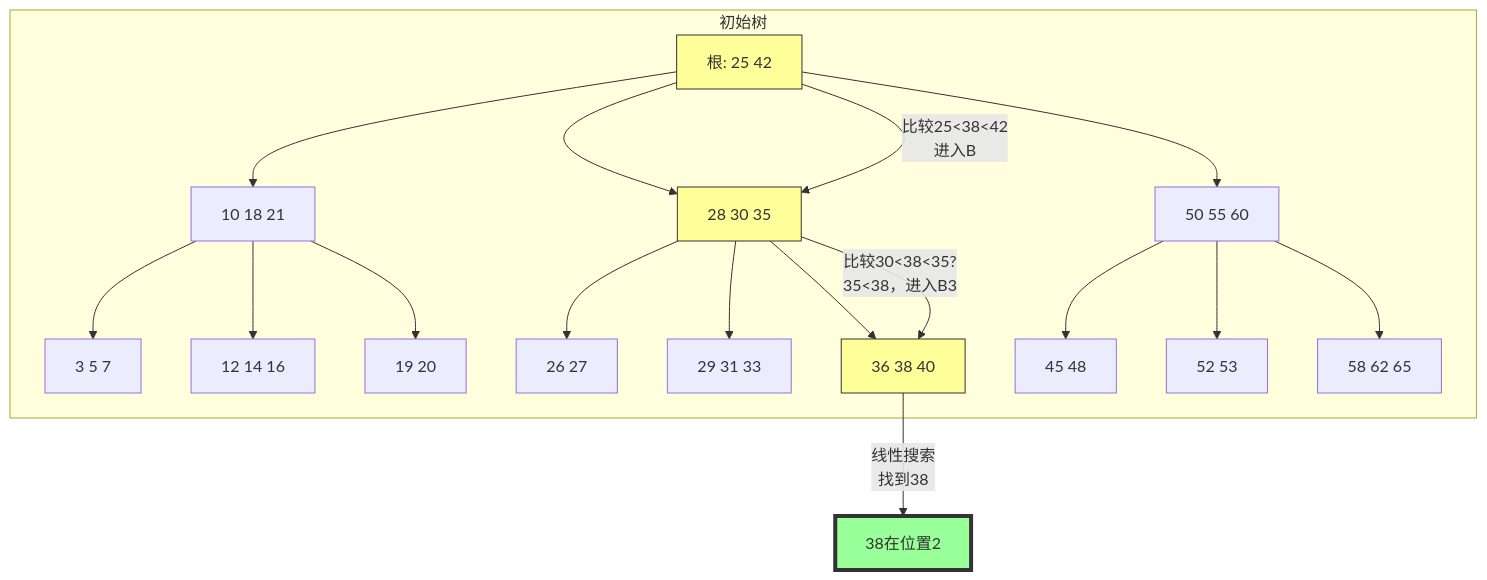
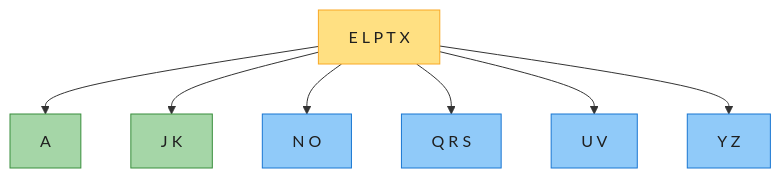
Diagram 12 of 12 in IntroductionToAlgorithms/Chapter18_B树_深度版.md (socoo123/book_reading), drawn with Mermaid before and after one commit. The commit also changed other lines of this file and 30 other files, not shown here.

````diff
--- a/IntroductionToAlgorithms/Chapter18_B树_深度版.md
+++ b/IntroductionToAlgorithms/Chapter18_B树_深度版.md
@@ -657,30 +431,16 @@
 ```mermaid
 graph TD
-    subgraph 初始树
-    R["根: 25 42"]
-    R --> A["10 18 21"]
-    R --> B["28 30 35"]
-    R --> C["50 55 60"]
+    R["E L P T X"] --> A["A"]
+    R --> B["J K"]
+    R --> C2["N O"]
+    R --> D["Q R S"]
+    R --> E["U V"]
+    R --> F["Y Z"]
 
-    A --> A1["3 5 7"]
-    A --> A2["12 14 16"]
-    A --> A3["19 20"]
-
-    B --> B1["26 27"]
-    B --> B2["29 31 33"]
-    B --> B3["36 38 40"]
-
-    C --> C1["45 48"]
-    C --> C2["52 53"]
-    C --> C3["58 62 65"]
-    end
-
-    R --> |比较25<38<42<br/>进入B| B
-    B --> |比较30<38<35?<br/>35<38，进入B3| B3
-    B3 --> |线性搜索<br/>找到38| Found["38在位置2"]
-
-    style Found fill:#9f9,stroke:#333,stroke-width:4px
-    style R fill:#ff9,stroke:#333
-    style B fill:#ff9,stroke:#333
-    style B3 fill:#ff9,stroke:#333
+    classDef hot fill:#A5D6A7,stroke:#388E3C,color:#1f1f1f;
+    classDef plain fill:#90CAF9,stroke:#1976D2,color:#1f1f1f;
+    classDef root fill:#FFE082,stroke:#F9A825,color:#1f1f1f;
+    class R root;
+    class A,B hot;
+    class C2,D,E,F plain;
 ```
````
